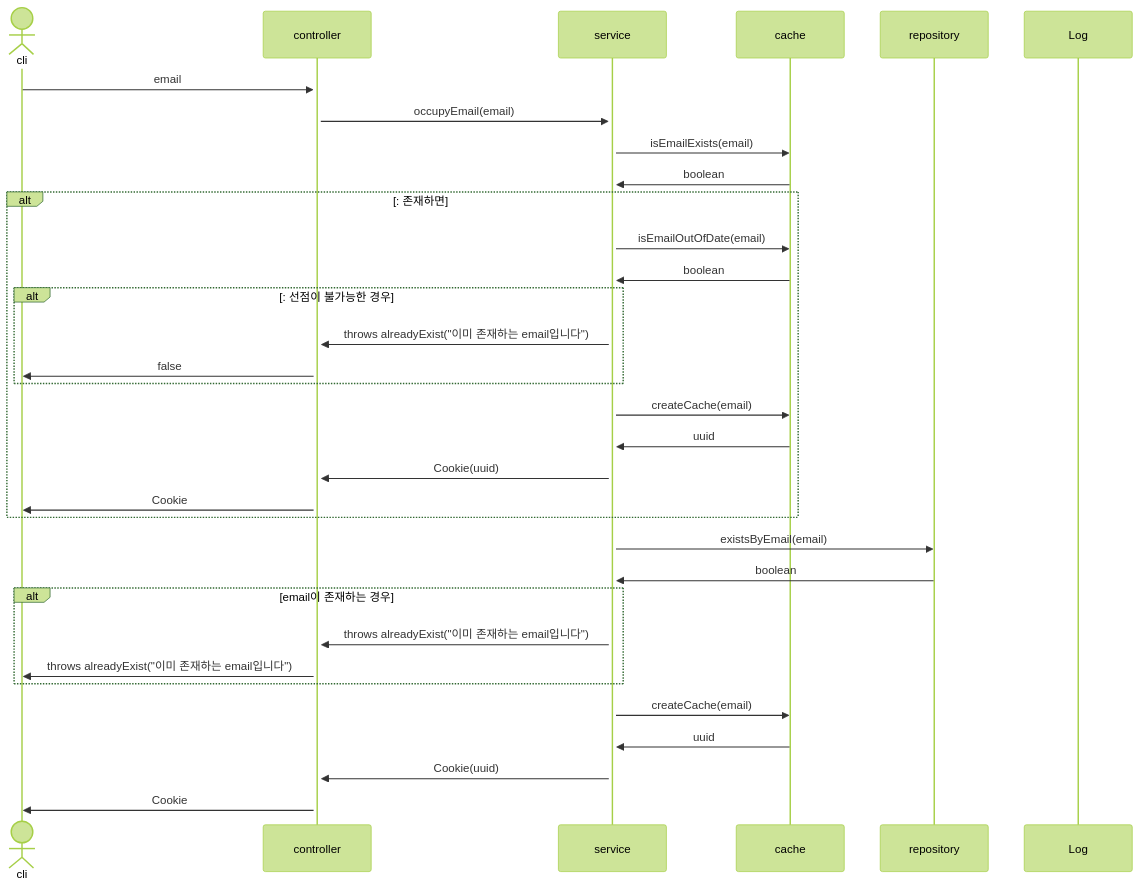
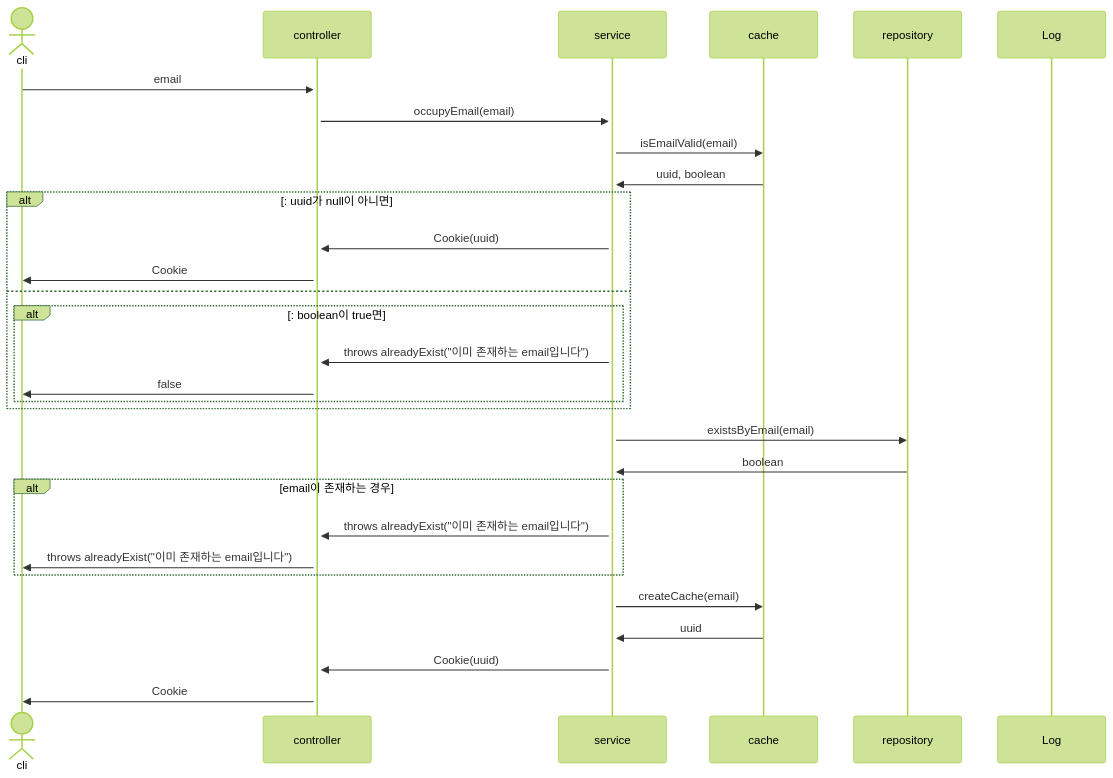
Before and after one commit to mtak0235/snsX: the first of 30 diagrams in sequence.md, drawn with Mermaid (forest theme).

Commit message:
update occupyMemberEmail sequence diagram

````diff
--- a/sequence.md
+++ b/sequence.md
@@ -3,36 +3,33 @@
 ```mermaid
 sequenceDiagram
 actor cli
 participant c as controller
 participant s as service
 participant ca as cache
 participant r as repository
 participant l as Log
 
 cli->>+c: email
 c->>+s: occupyEmail(email)
-s->>ca: isEmailExists(email)
-ca->>s: boolean
-alt: 존재하면
-s->>ca: isEmailOutOfDate(email)
-ca->>s: boolean
-alt: 선점이 불가능한 경우
+s->>ca: isEmailValid(email)
+ca->>s: uuid, boolean
+alt: uuid가 null이 아니면
+s->>c: Cookie(uuid)
+c->>cli: Cookie
+else
+alt: boolean이 true면
 s->>c: throws alreadyExist("이미 존재하는 email입니다")
 c->>cli: false
 end
-s->>ca: createCache(email)
-ca->>s: uuid
-s->>c: Cookie(uuid)
-c->>cli: Cookie
 end
 s->>r: existsByEmail(email)
 r->>s: boolean
 alt email이 존재하는 경우
 s->>c: throws alreadyExist("이미 존재하는 email입니다")
 c->>cli: throws alreadyExist("이미 존재하는 email입니다")
 end
 s->>ca: createCache(email)
 ca->>s: uuid
 s->>c: Cookie(uuid)
 c->>cli: Cookie
 ```
````
